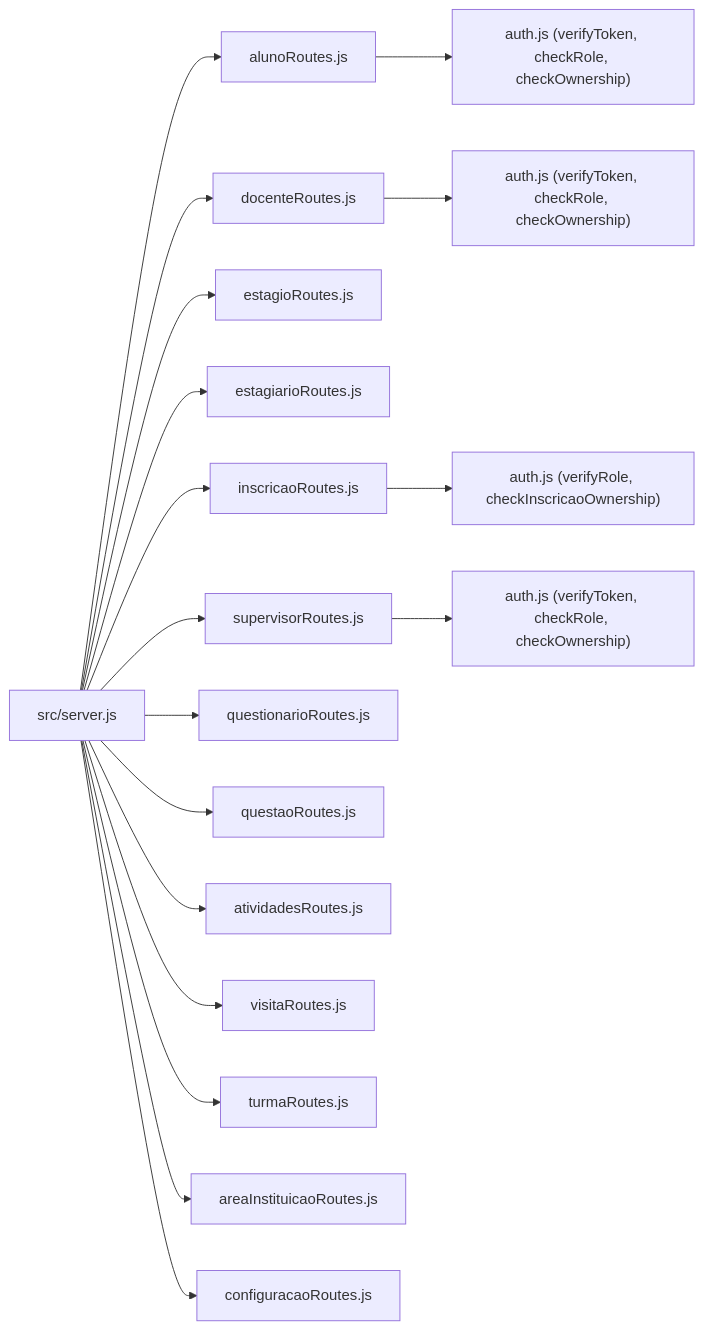
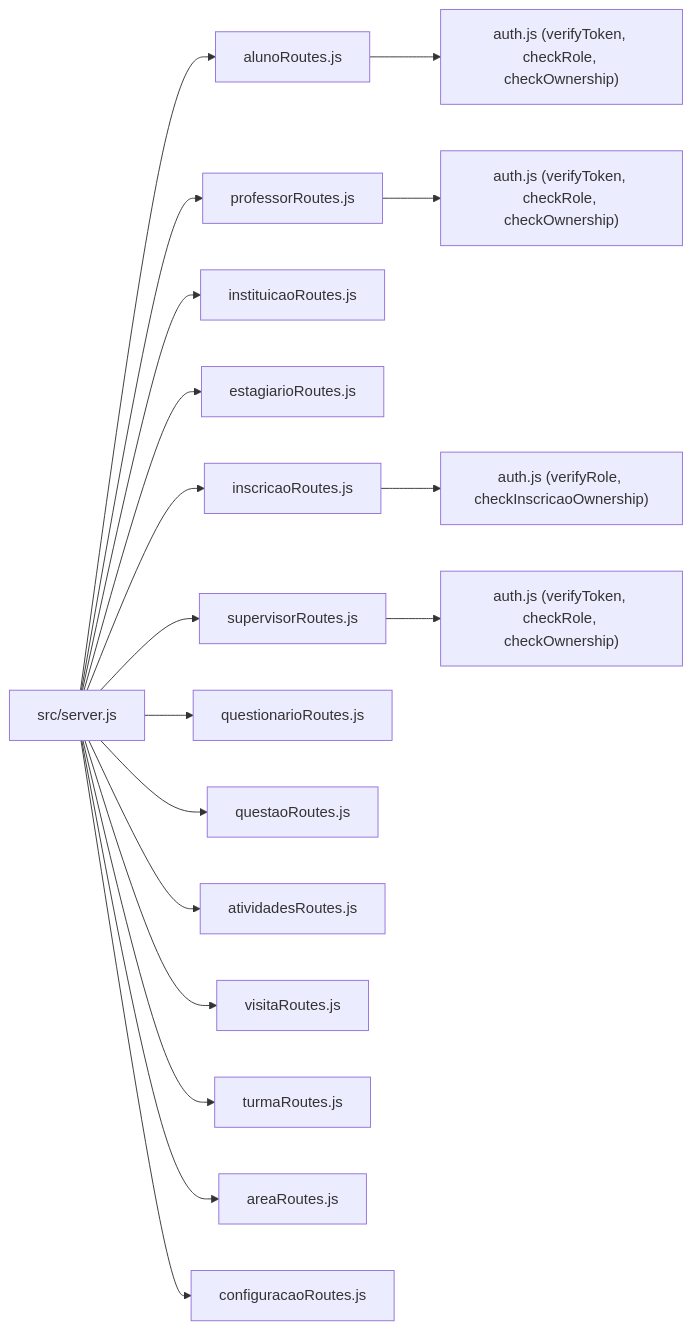
One commit to luiseduacosta/nodemural changed the fourth of 4 diagrams in .qoder/repowiki/en/content/API Reference/API Reference.md. Above: the diagram before and after it, drawn with Mermaid. The commit also changed other lines of this file and 25 other files, not shown here.

````diff
--- a/.qoder/repowiki/en/content/API Reference/API Reference.md
+++ b/.qoder/repowiki/en/content/API Reference/API Reference.md
@@ -779,20 +779,20 @@
 ```mermaid
 graph LR
 Server["src/server.js"] --> AR["alunoRoutes.js"]
-Server --> DR["docenteRoutes.js"]
-Server --> ER["estagioRoutes.js"]
+Server --> DR["professorRoutes.js"]
+Server --> ER["instituicaoRoutes.js"]
 Server --> ETR["estagiarioRoutes.js"]
 Server --> IR["inscricaoRoutes.js"]
 Server --> SR["supervisorRoutes.js"]
 Server --> QR["questionarioRoutes.js"]
 Server --> QAr["questaoRoutes.js"]
 Server --> ATR["atividadesRoutes.js"]
 Server --> VR["visitaRoutes.js"]
 Server --> TR["turmaRoutes.js"]
-Server --> AIR["areaInstituicaoRoutes.js"]
+Server --> AIR["areaRoutes.js"]
 Server --> CR["configuracaoRoutes.js"]
 AR --> AMW["auth.js (verifyToken, checkRole, checkOwnership)"]
 DR --> DMW["auth.js (verifyToken, checkRole, checkOwnership)"]
 SR --> SMW["auth.js (verifyToken, checkRole, checkOwnership)"]
 IR --> IMW["auth.js (verifyRole, checkInscricaoOwnership)"]
 ```
````
